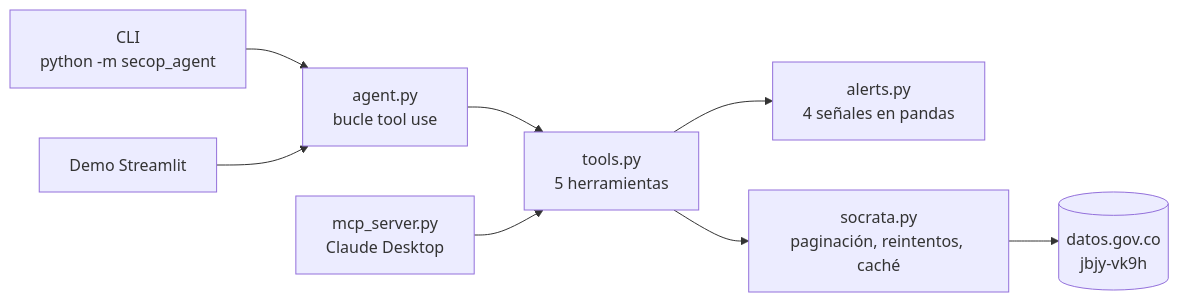
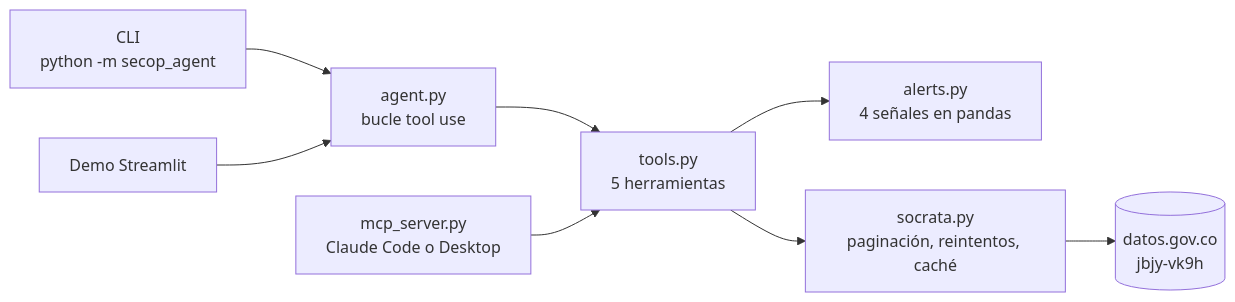
One commit to Jagudelo14/secop-agent changed the diagram in README.md. Above: the diagram before and after it, drawn with Mermaid. The commit also changed other lines of this file, not shown here.

First line of the commit message:
v0.7.3 - Fase 5: MCP probado en Claude Code

````diff
--- a/README.md
+++ b/README.md
@@ -38,10 +38,10 @@
 ```mermaid
 flowchart LR
     CLI["CLI<br/>python -m secop_agent"] --> AG
     WEB["Demo Streamlit"] --> AG
     AG["agent.py<br/>bucle tool use"] --> T
-    MCP["mcp_server.py<br/>Claude Desktop"] --> T
+    MCP["mcp_server.py<br/>Claude Code o Desktop"] --> T
     T["tools.py<br/>5 herramientas"] --> AL["alerts.py<br/>4 señales en pandas"]
     T --> SC["socrata.py<br/>paginación, reintentos, caché"]
     SC --> API[("datos.gov.co<br/>jbjy-vk9h")]
 ```
````
